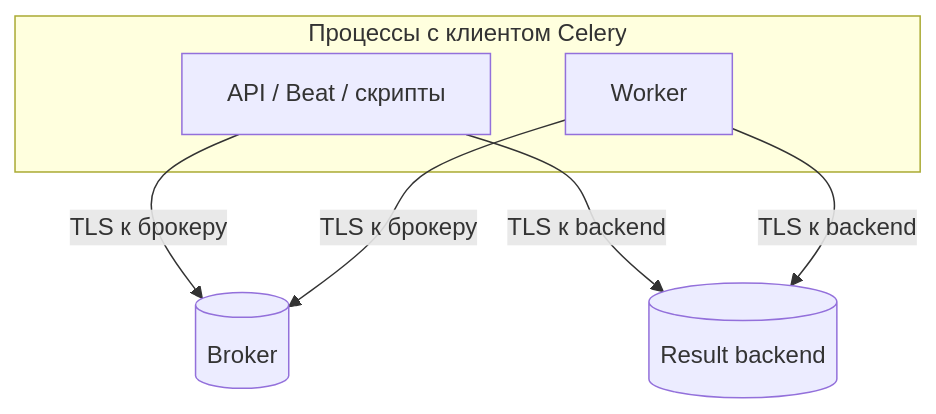
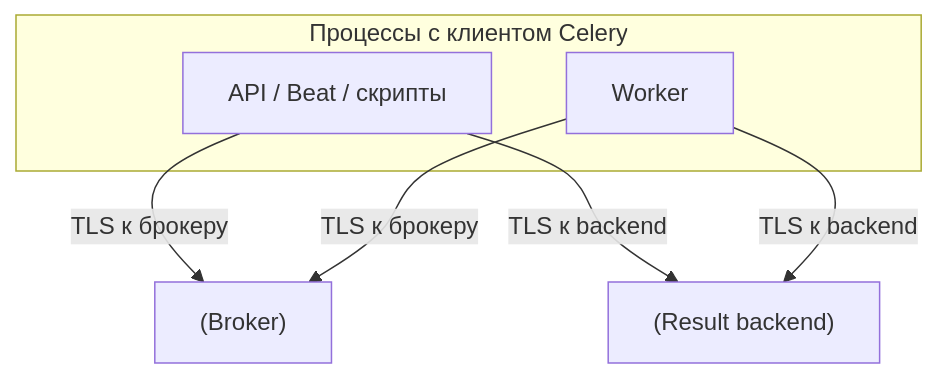
Before and after one commit to DDoSKudya/ai-study-atlas: the second of 4 diagrams in directions/services/celery/pact/17_bezopasnost_celery/12_17_17_3_setevoy_i_infrastrukturnyy_kontur.md, drawn with Mermaid. The commit also changed other lines of this file and 322 other files, not shown here.

Commit message:
fix(docs): make mermaid diagrams GitHub-compatible across directions content

````diff
--- a/directions/services/celery/pact/17_bezopasnost_celery/12_17_17_3_setevoy_i_infrastrukturnyy_kontur.md
+++ b/directions/services/celery/pact/17_bezopasnost_celery/12_17_17_3_setevoy_i_infrastrukturnyy_kontur.md
@@ -167,13 +167,13 @@
 ```mermaid
 flowchart TB
   subgraph clients["Процессы с клиентом Celery"]
-    API[API / Beat / скрипты]
-    WK[Worker]
+    API["API / Beat / скрипты"]
+    WK["Worker"]
   end
-  BR[(Broker)]
-  RB[(Result backend)]
+  BR["(Broker)"]
+  RB["(Result backend)"]
   API -->|TLS к брокеру| BR
   WK -->|TLS к брокеру| BR
   API -->|TLS к backend| RB
   WK -->|TLS к backend| RB
 ```
````
